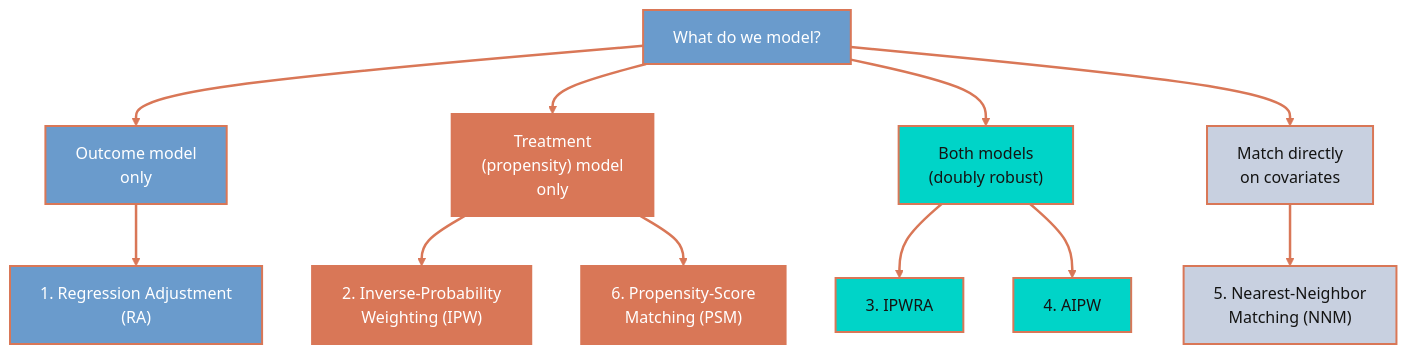
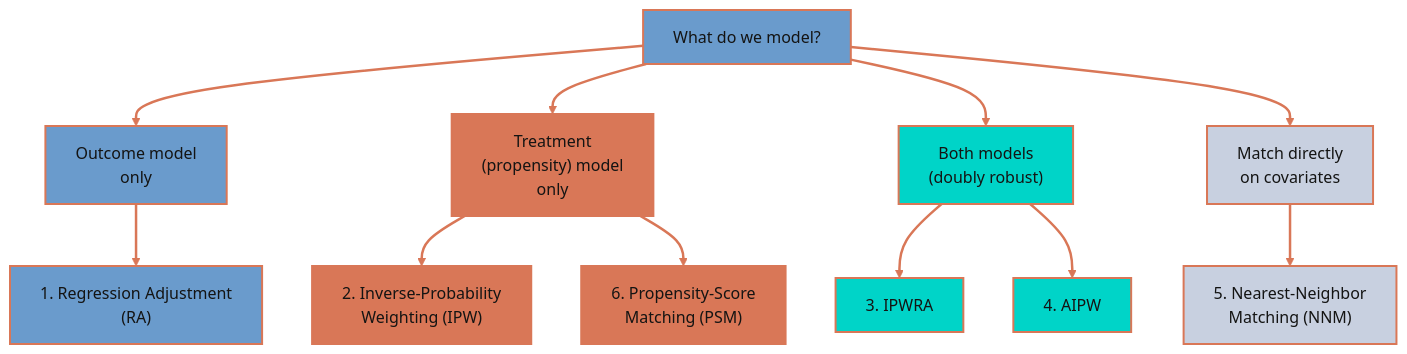
The third of 4 diagrams in content/post/stata_matching/index.md (cmg777/starter-academic-v501), drawn with Mermaid before and after one commit. The commit also changed other lines of this file and 67 other files, not shown here.

First line of the commit message:
fix(mermaid): readable diagram text in both themes across the site

````diff
--- a/content/post/stata_matching/index.md
+++ b/content/post/stata_matching/index.md
@@ -406,28 +406,28 @@
 ```mermaid
 flowchart TD
     Start["What do we model?"]
     Start --> Outcome["Outcome model<br/>only"]
     Start --> Treatment["Treatment<br/>(propensity) model<br/>only"]
     Start --> Both["Both models<br/>(doubly robust)"]
     Start --> Direct["Match directly<br/>on covariates"]
 
     Outcome --> RA["1. Regression Adjustment<br/>(RA)"]
     Treatment --> IPW["2. Inverse-Probability<br/>Weighting (IPW)"]
     Treatment --> PSM["6. Propensity-Score<br/>Matching (PSM)"]
     Both --> IPWRA["3. IPWRA"]
     Both --> AIPW["4. AIPW"]
     Direct --> NNM["5. Nearest-Neighbor<br/>Matching (NNM)"]
 
-    style Start fill:#6a9bcc,stroke:#d97757,stroke-width:2px,color:#fff
-    style Outcome fill:#6a9bcc,stroke:#d97757,stroke-width:2px,color:#fff
-    style Treatment fill:#d97757,stroke:#d97757,stroke-width:2px,color:#fff
+    style Start fill:#6a9bcc,stroke:#d97757,stroke-width:2px,color:#141413
+    style Outcome fill:#6a9bcc,stroke:#d97757,stroke-width:2px,color:#141413
+    style Treatment fill:#d97757,stroke:#d97757,stroke-width:2px,color:#141413
     style Both fill:#00d4c8,stroke:#d97757,stroke-width:2px,color:#141413
     style Direct fill:#c8d0e0,stroke:#d97757,stroke-width:2px,color:#141413
-    style RA fill:#6a9bcc,stroke:#d97757,stroke-width:2px,color:#fff
-    style IPW fill:#d97757,stroke:#d97757,stroke-width:2px,color:#fff
-    style PSM fill:#d97757,stroke:#d97757,stroke-width:2px,color:#fff
+    style RA fill:#6a9bcc,stroke:#d97757,stroke-width:2px,color:#141413
+    style IPW fill:#d97757,stroke:#d97757,stroke-width:2px,color:#141413
+    style PSM fill:#d97757,stroke:#d97757,stroke-width:2px,color:#141413
     style IPWRA fill:#00d4c8,stroke:#d97757,stroke-width:2px,color:#141413
     style AIPW fill:#00d4c8,stroke:#d97757,stroke-width:2px,color:#141413
     style NNM fill:#c8d0e0,stroke:#d97757,stroke-width:2px,color:#141413
     linkStyle 0,1,2,3,4,5,6,7,8,9 stroke:#d97757,stroke-width:2.5px
 ```
````
